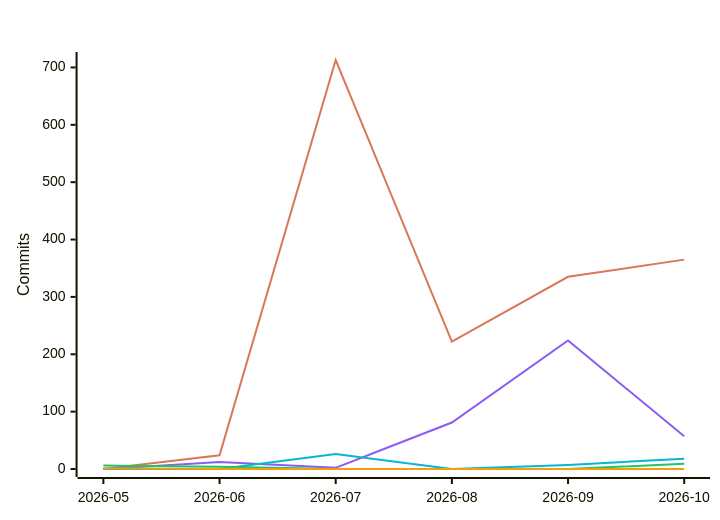
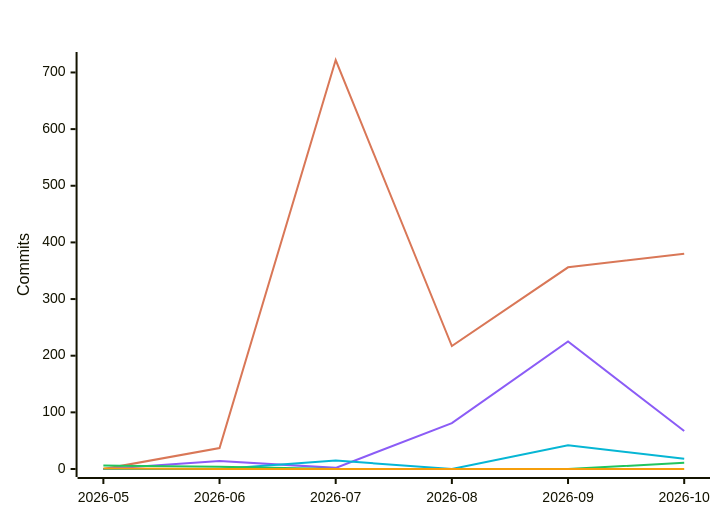
The fifth of 7 diagrams in README.md (polo-nyan/polo-nyan), drawn with Mermaid before and after one commit. The commit also changed other lines of this file and 1 other file, not shown here.

````diff
--- a/README.md
+++ b/README.md
@@ -313,12 +313,12 @@
 ```mermaid
 %%{init: {"xyChart": {"titleColor": "#ffffff", "xAxisLabelColor": "#ffffff", "yAxisLabelColor": "#ffffff"}, "themeVariables": {"xyChart": {"titleColor": "#ffffff", "plotColorPalette": "#d97757, #8b5cf6, #06b6d4, #22c55e, #f59e0b, #ec4899"}}}}%%
 xychart-beta
     title "Commits Per Month by Model Family"
     x-axis ["2026-05", "2026-06", "2026-07", "2026-08", "2026-09", "2026-10"]
     y-axis "Commits"
-    line [0, 24, 713, 222, 335, 365]
-    line [0, 12, 2, 81, 224, 57]
-    line [0, 0, 26, 0, 7, 18]
-    line [6, 4, 0, 0, 0, 9]
+    line [0, 37, 722, 217, 356, 380]
+    line [0, 14, 2, 81, 225, 67]
+    line [0, 0, 15, 0, 42, 18]
+    line [6, 4, 0, 0, 0, 11]
     line [1, 0, 0, 0, 0, 0]
 ```
````
